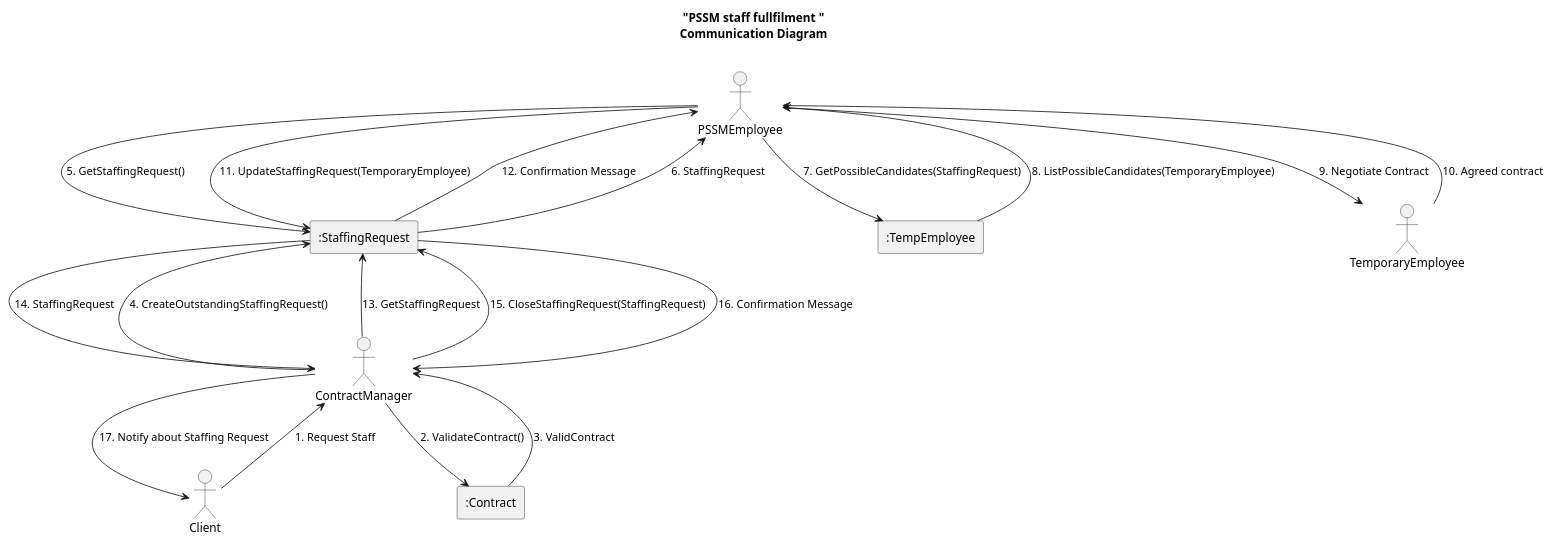
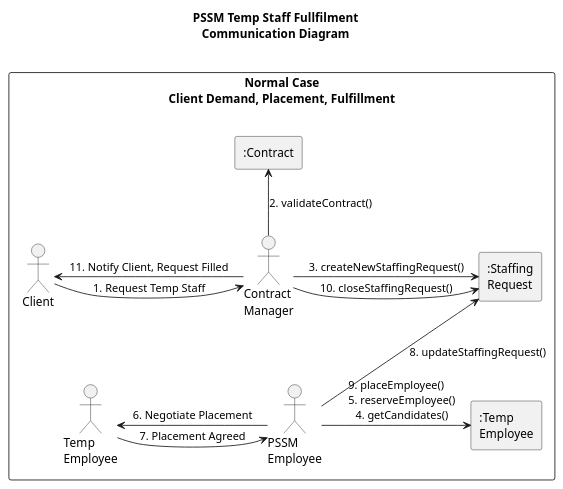
The diagram in Analysis/behavioral/PSSM_staff_fullfilment_cd.puml (Nuissance/CIS641-capstone), drawn with PlantUML before and after one commit. The commit also changed 2 other files, not shown here.

Commit message:
communication diagram laid out

```diff
--- a/Analysis/behavioral/PSSM_staff_fullfilment_cd.puml
+++ b/Analysis/behavioral/PSSM_staff_fullfilment_cd.puml
@@ -1,40 +1,31 @@
 @startuml
 skinparam monochrome true
 'left to right direction
-title "PSSM staff fullfilment "\nCommunication Diagram\n
+title PSSM Temp Staff Fullfilment\nCommunication Diagram\n
 
-:Client: as C
-:ContractManager: as CM
+rectangle "Normal Case\nClient Demand, Placement, Fulfillment\n"{
 
-rectangle ":Contract" as CO
+  :Client: as C
+  :Contract\nManager: as CM
+  :Temp\nEmployee: as TE
+  :PSSM\nEmployee: as PE
+  rectangle ":Contract" as CO
+  rectangle ":Staffing\nRequest" as SR
+  rectangle ":Temp\nEmployee" as TEC
 
+  C -> CM : "1. Request Temp Staff"
+  CM -up-> CO: "2. validateContract()"
+  CM -> SR : "3. createNewStaffingRequest()"
+  PE -up-> SR : "8. updateStaffingRequest()"
 
-C -> CM : "1. Request Staff"
-CM -> CO: "2. ValidateContract()"
-CO --> CM : "3. ValidContract"
+  PE -> TEC : "9. placeEmployee()\n\
+    5. reserveEmployee()\n\
+    4. getCandidates()"
 
-
-
-rectangle ":StaffingRequest" as SR
-CM -> SR : "4. CreateOutstandingStaffingRequest()"
-
-:PSSMEmployee: as PE
-:TemporaryEmployee: as TE
-rectangle ":TempEmployee" as TEC
-PE -> SR : "5. GetStaffingRequest()"
-SR -down-> PE : "6. StaffingRequest"
-PE -> TEC : "7. GetPossibleCandidates(StaffingRequest)"
-TEC -down-> PE : "8. ListPossibleCandidates(TemporaryEmployee)"
-PE -> TE : "9. Negotiate Contract"
-TE -down-> PE : "10. Agreed contract"
-PE -> SR : "11. UpdateStaffingRequest(TemporaryEmployee)"
-SR -up-> PE : "12. Confirmation Message"
-
-CM -> SR: "13. GetStaffingRequest"
-SR -down-> CM: "14. StaffingRequest"
-CM -> SR : "15. CloseStaffingRequest(StaffingRequest)"
-SR -up-> CM : "16. Confirmation Message"
-CM --> C: "17. Notify about Staffing Request"
-
+  TE <- PE : "6. Negotiate Placement"
+  TE -> PE : "7. Placement Agreed"
+  CM -> SR : "10. closeStaffingRequest()"
+  C <- CM : "11. Notify Client, Request Filled"
+}
 
 @enduml
```
